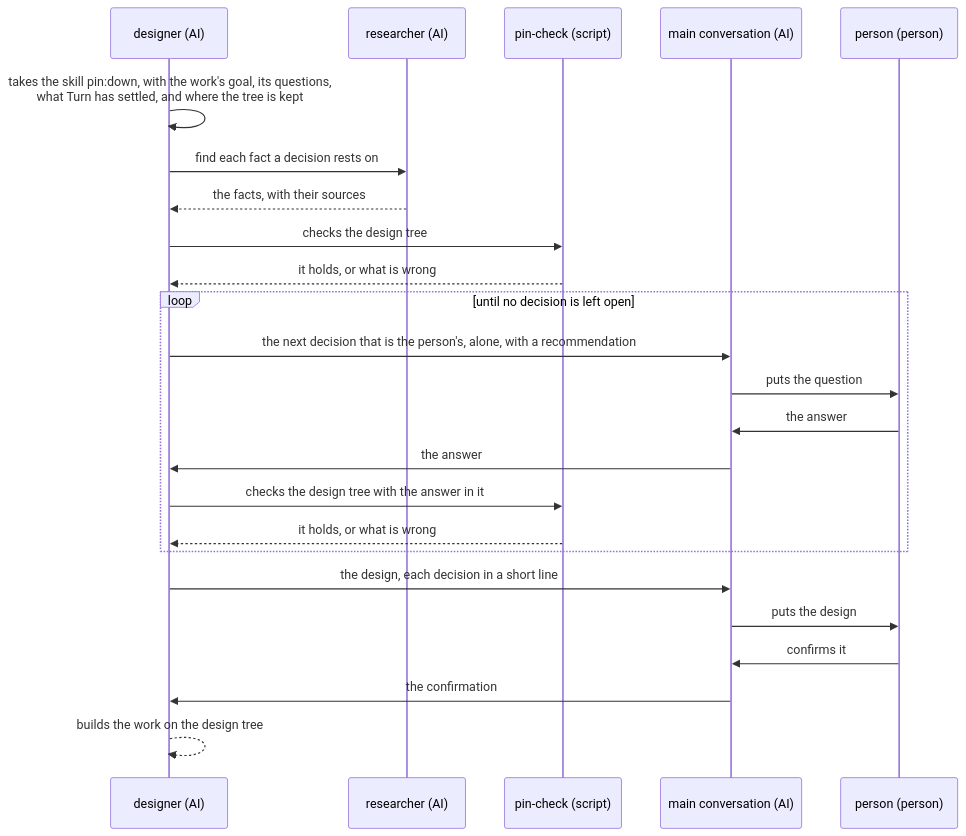
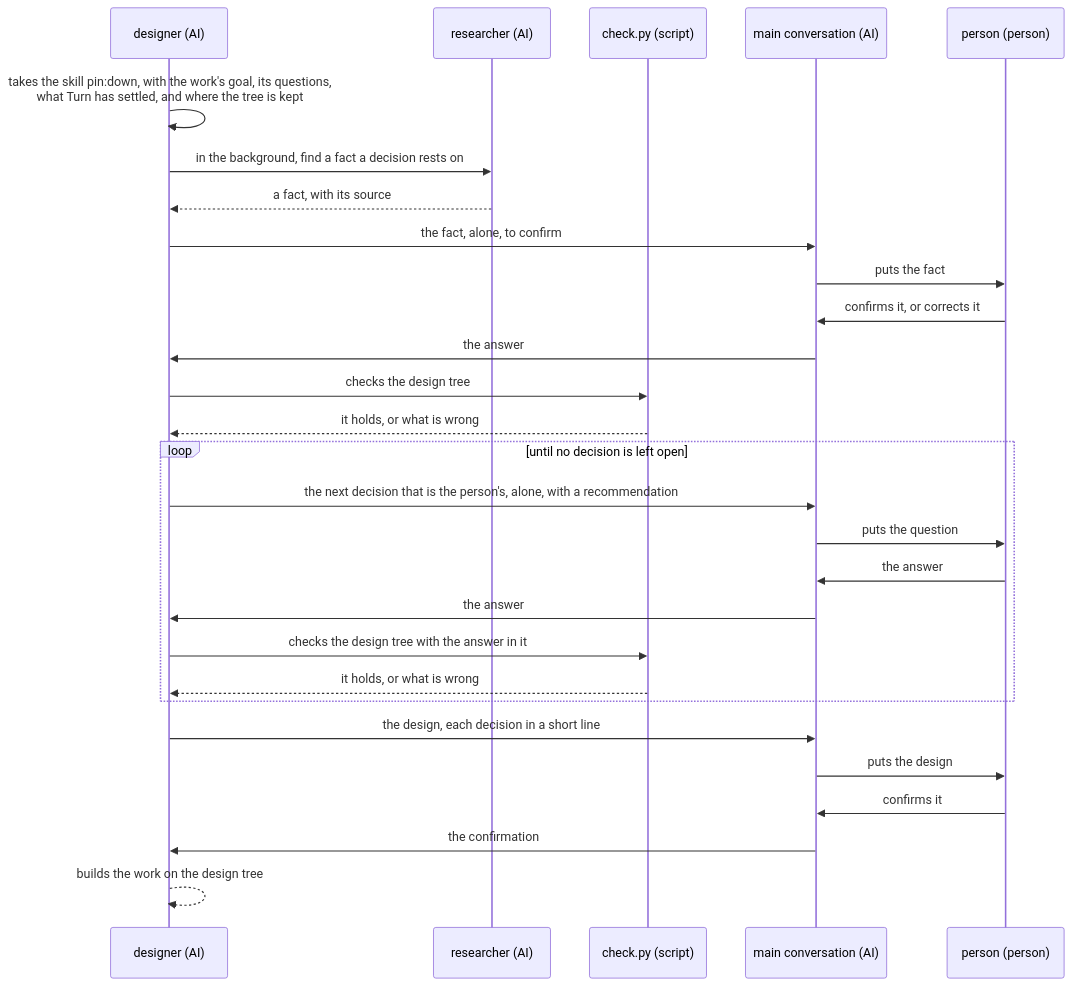
The second of 2 diagrams in dev/pin/ux.md (lovaizu/ccpm), drawn with Mermaid before and after one commit. The commit also changed other lines of this file and 2 other files, not shown here.

First line of the commit message:
pin: the check script in scripts/, in one form across versions; each fact shown as it is found; a caller's role runs pin:down itself

````diff
--- a/dev/pin/ux.md
+++ b/dev/pin/ux.md
@@ -75,26 +78,30 @@
 ```mermaid
 sequenceDiagram
   participant D as designer (AI)
   participant R as researcher (AI)
-  participant C as pin-check (script)
+  participant C as check.py (script)
   participant M as main conversation (AI)
   participant P as person (person)
   D->>D: takes the skill pin:down, with the work's goal, its questions,<br>what Turn has settled, and where the tree is kept
-  D->>R: find each fact a decision rests on
-  R-->>D: the facts, with their sources
+  D->>R: in the background, find a fact a decision rests on
+  R-->>D: a fact, with its source
+  D->>M: the fact, alone, to confirm
+  M->>P: puts the fact
+  P->>M: confirms it, or corrects it
+  M->>D: the answer
   D->>C: checks the design tree
   C-->>D: it holds, or what is wrong
   loop until no decision is left open
     D->>M: the next decision that is the person's, alone, with a recommendation
     M->>P: puts the question
     P->>M: the answer
     M->>D: the answer
     D->>C: checks the design tree with the answer in it
     C-->>D: it holds, or what is wrong
   end
   D->>M: the design, each decision in a short line
   M->>P: puts the design
   P->>M: confirms it
   M->>D: the confirmation
   D-->>D: builds the work on the design tree
 ```
````
